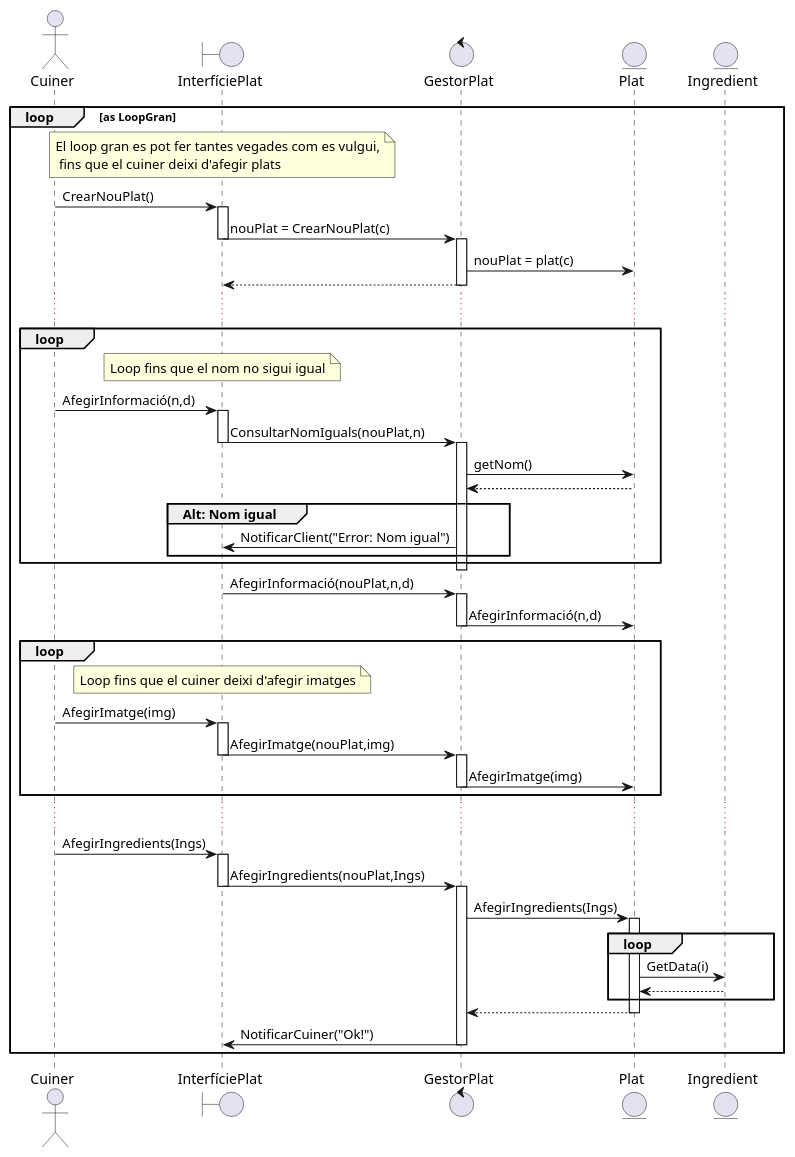
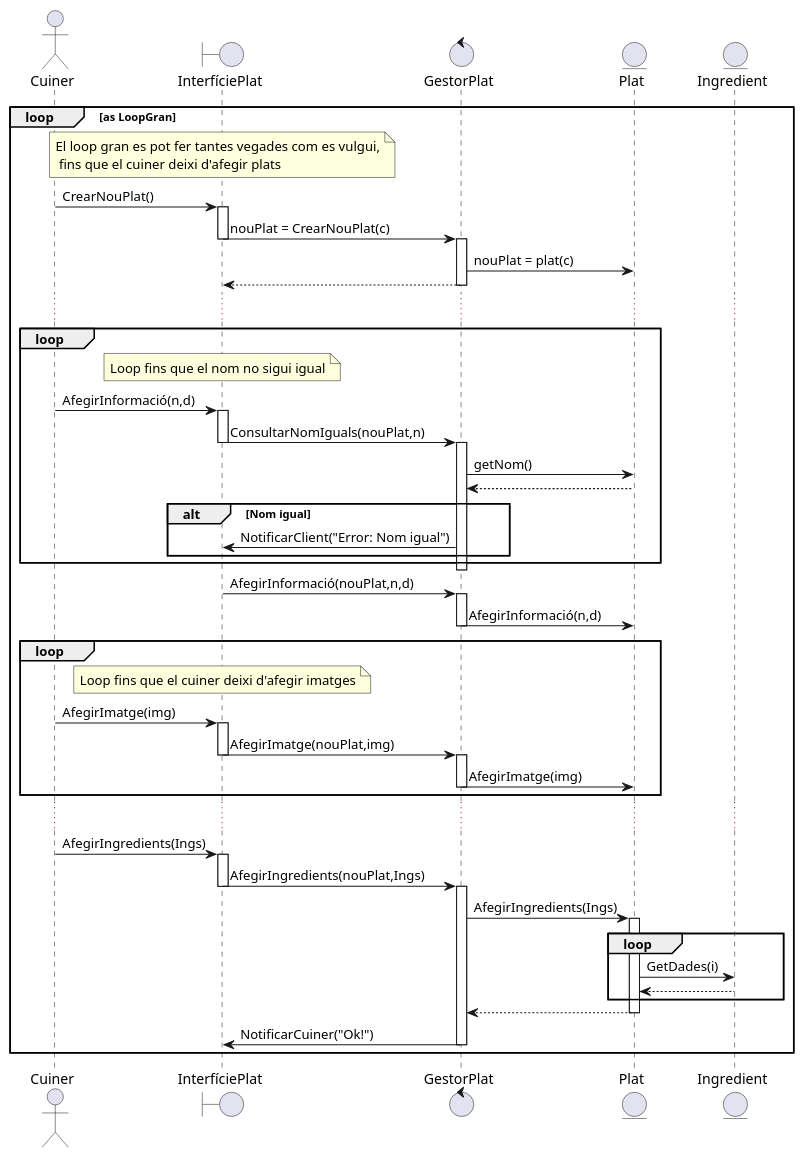
One commit to martipages/ES23UAB431-02 changed the diagram in documents/Diagrames i Especificacions/Seqüencia/Hiro! ^3^/1. Oferir Conjunt de Plats.puml. Above: the diagram before and after it, drawn with PlantUML. The commit also changed 7 other files, not shown here.

```diff
--- a/documents/Diagrames i Especificacions/Seqüencia/Hiro! ^3^/1. Oferir Conjunt de Plats.puml
+++ b/documents/Diagrames i Especificacions/Seqüencia/Hiro! ^3^/1. Oferir Conjunt de Plats.puml
@@ -1,51 +1,51 @@
 @startuml
 actor Cuiner
 boundary InterfíciePlat
 control GestorPlat
 entity Plat
 entity Ingredient
 
 loop as LoopGran
 
 note over InterfíciePlat: El loop gran es pot fer tantes vegades com es vulgui,\n fins que el cuiner deixi d'afegir plats
 Cuiner -> InterfíciePlat++: CrearNouPlat()
 InterfíciePlat -> GestorPlat--++: nouPlat = CrearNouPlat(c)
 GestorPlat -> Plat: nouPlat = plat(c)
 GestorPlat --> InterfíciePlat--
 ...
 loop
 note over InterfíciePlat: Loop fins que el nom no sigui igual
 Cuiner -> InterfíciePlat++: AfegirInformació(n,d)
 InterfíciePlat -> GestorPlat--++: ConsultarNomIguals(nouPlat,n)
 GestorPlat -> Plat: getNom()
 Plat-->GestorPlat
-group Alt: Nom igual
+Alt Nom igual
 GestorPlat->InterfíciePlat: NotificarClient("Error: Nom igual")
 end
 end
 GestorPlat--
 
 InterfíciePlat -> GestorPlat--++: AfegirInformació(nouPlat,n,d)
 GestorPlat -> Plat: AfegirInformació(n,d)
 GestorPlat--
 
 loop
 note over InterfíciePlat: Loop fins que el cuiner deixi d'afegir imatges
 Cuiner -> InterfíciePlat++: AfegirImatge(img)
 InterfíciePlat -> GestorPlat--++: AfegirImatge(nouPlat,img)
 GestorPlat -> Plat: AfegirImatge(img)
 GestorPlat--
 end
 
 ...
 Cuiner -> InterfíciePlat++: AfegirIngredients(Ings)
 InterfíciePlat -> GestorPlat--++: AfegirIngredients(nouPlat,Ings)
 GestorPlat->Plat++: AfegirIngredients(Ings)
  loop
-   Plat->Ingredient: GetData(i)
+   Plat->Ingredient: GetDades(i)
    Ingredient-->Plat
  end
  Plat-->GestorPlat--
  GestorPlat->InterfíciePlat--: NotificarCuiner("Ok!")
 end
 @enduml
```
